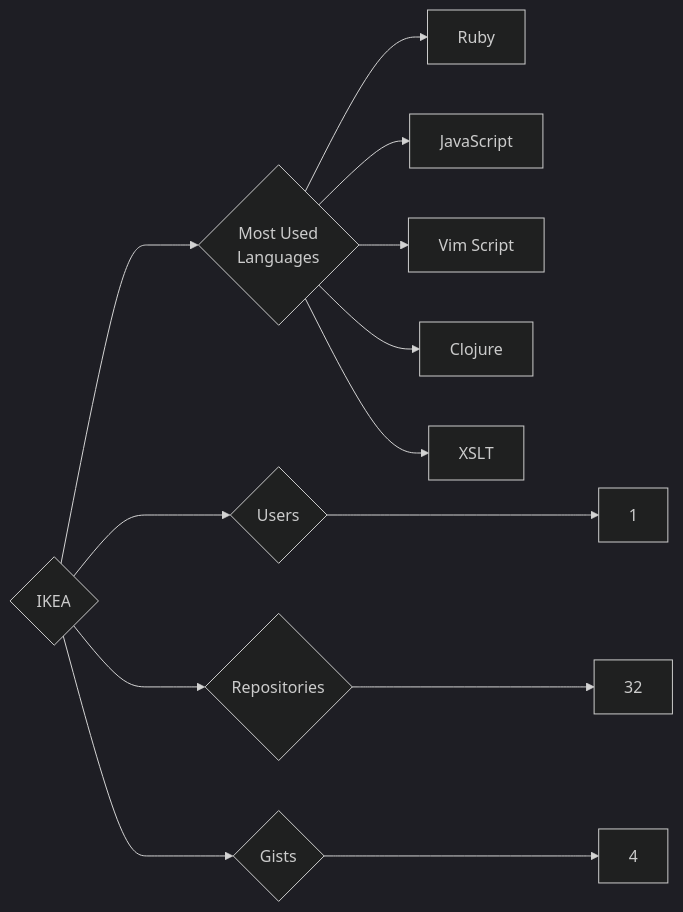
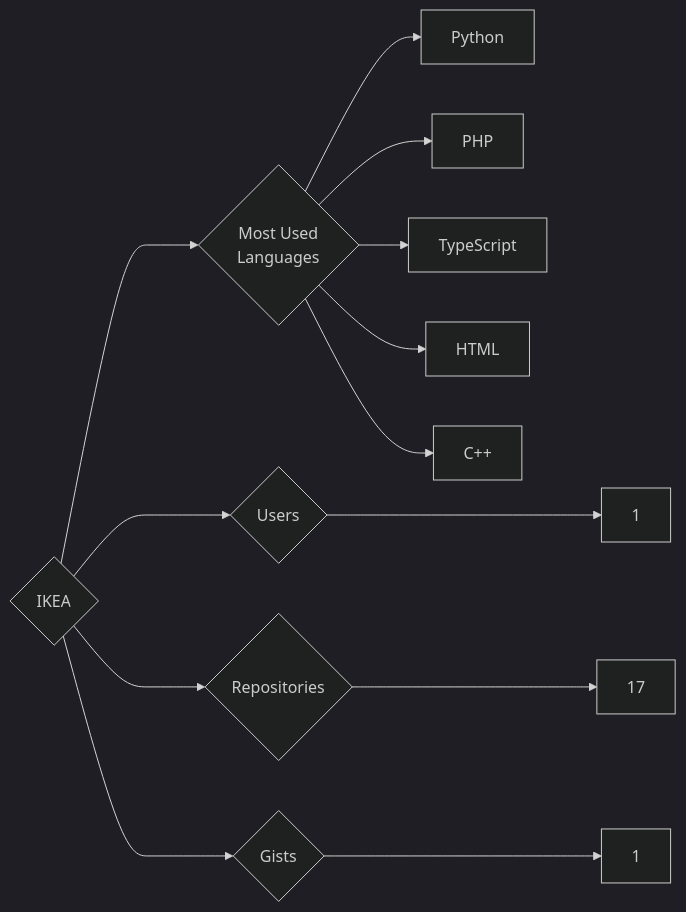
One commit to trickest/insiders changed the diagram in targets/IKEA/README.md. Above: the diagram before and after it, drawn with Mermaid (dark theme). The commit also changed 1120 other files, not shown here.

````diff
--- a/targets/IKEA/README.md
+++ b/targets/IKEA/README.md
@@ -3,13 +3,13 @@
 ```mermaid
 graph LR
 COMPANY_NAME{IKEA}
 COMPANY_NAME ---> U{Users} ---> UN[1]
-COMPANY_NAME ---> R{Repositories} ---> RN[32]
-COMPANY_NAME ---> G{Gists} ---> GN[4]
+COMPANY_NAME ---> R{Repositories} ---> RN[17]
+COMPANY_NAME ---> G{Gists} ---> GN[1]
 COMPANY_NAME ---> ML{Most Used<br>Languages}
-ML --> Ruby[Ruby]
-ML --> JavaScript[JavaScript]
-ML --> Vim_Script[Vim Script]
-ML --> Clojure[Clojure]
-ML --> XSLT[XSLT]
+ML --> Python[Python]
+ML --> PHP[PHP]
+ML --> TypeScript[TypeScript]
+ML --> HTML[HTML]
+ML --> C++[C++]
 ```
````
